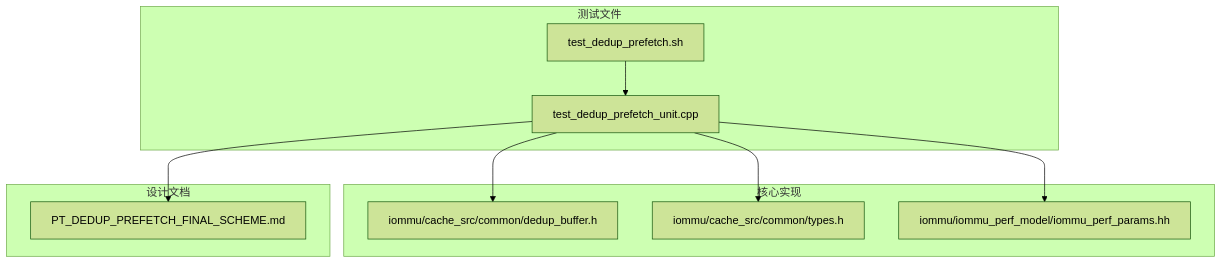
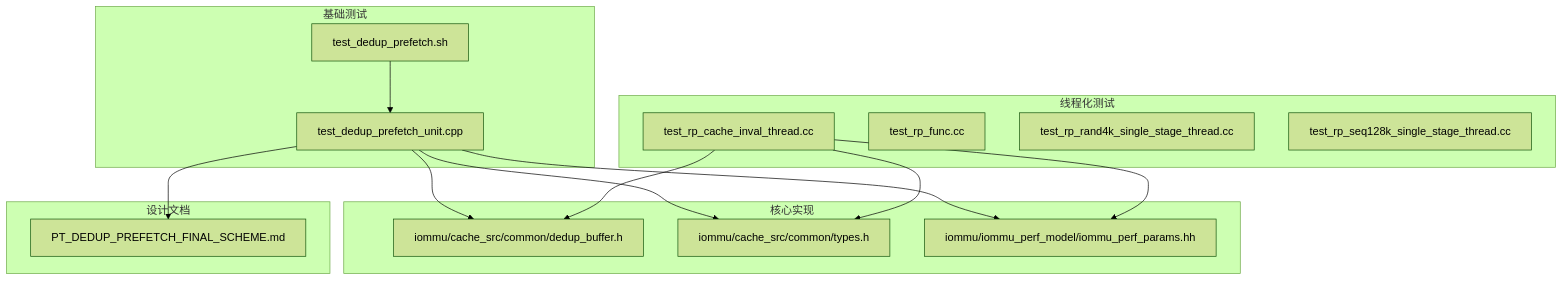
One commit to jiangjiang1122/iommu_model_20260401_v1 changed the first of 10 diagrams in .qoder/repowiki/zh/content/测试与验证/单元测试.md. Above: the diagram before and after it, drawn with Mermaid (forest theme). The commit also changed other lines of this file and 186 other files, not shown here.

````diff
--- a/.qoder/repowiki/zh/content/测试与验证/单元测试.md
+++ b/.qoder/repowiki/zh/content/测试与验证/单元测试.md
@@ -34,20 +43,29 @@
 ```mermaid
 graph TB
-subgraph "测试文件"
+subgraph "基础测试"
 T1[test_dedup_prefetch_unit.cpp]
 T2[test_dedup_prefetch.sh]
+end
+subgraph "线程化测试"
+T3[test_rp_cache_inval_thread.cc]
+T4[test_rp_func.cc]
+T5[test_rp_rand4k_single_stage_thread.cc]
+T6[test_rp_seq128k_single_stage_thread.cc]
 end
 subgraph "核心实现"
 C1[iommu/cache_src/common/dedup_buffer.h]
 C2[iommu/cache_src/common/types.h]
 C3[iommu/iommu_perf_model/iommu_perf_params.hh]
 end
 subgraph "设计文档"
 D1[PT_DEDUP_PREFETCH_FINAL_SCHEME.md]
 end
 T1 --> C1
 T1 --> C2
 T1 --> C3
 T1 --> D1
 T2 --> T1
+T3 --> C1
+T3 --> C2
+T3 --> C3
 ```
````
